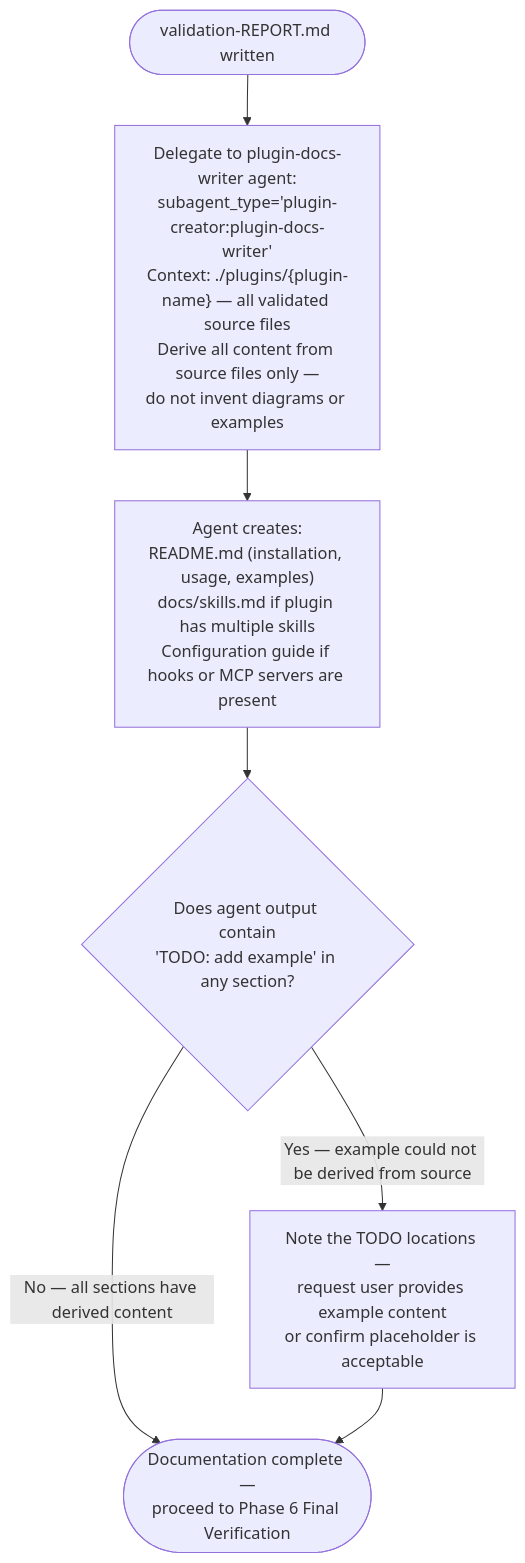
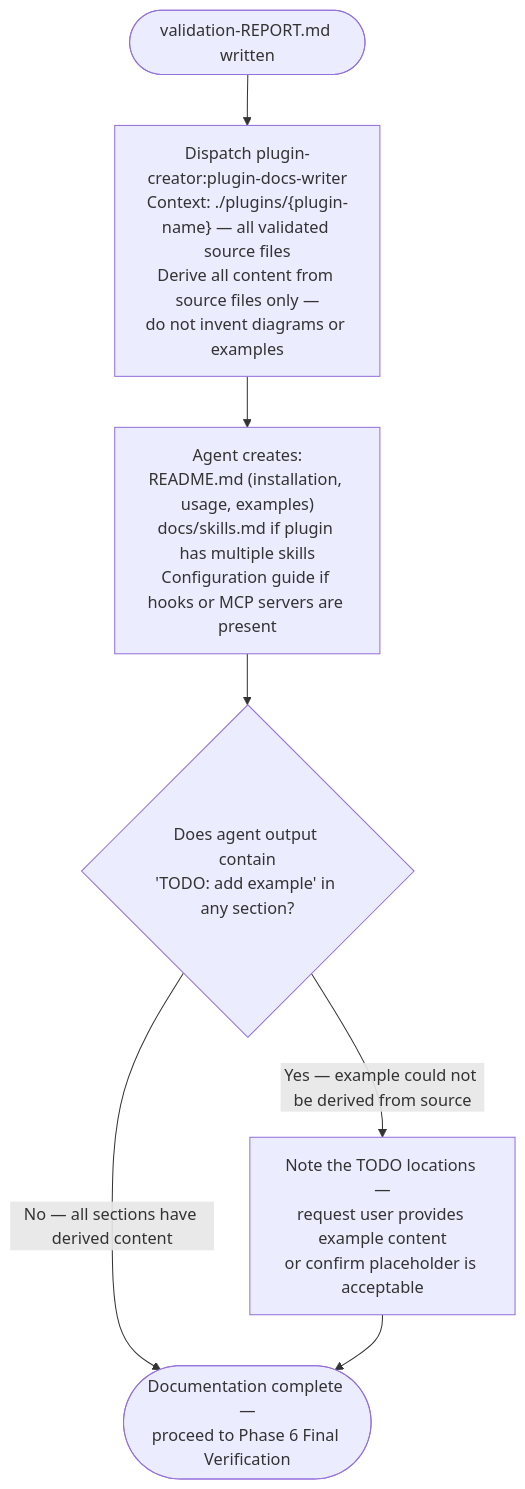
One commit to Jamie-BitFlight/claude_skills changed the eighth of 12 diagrams in plugins/plugin-creator/skills/plugin-creator/references/workflow-diagram.md. Above: the diagram before and after it, drawn with Mermaid. The commit also changed other lines of this file and 84 other files, not shown here.

Commit message:
refactor(plugin-creator): trim agent guidance

````diff
--- a/plugins/plugin-creator/skills/plugin-creator/references/workflow-diagram.md
+++ b/plugins/plugin-creator/skills/plugin-creator/references/workflow-diagram.md
@@ -191,11 +191,11 @@
 ```mermaid
 flowchart TD
-    Start(["validation-REPORT.md written"]) --> Delegate["Delegate to plugin-docs-writer agent:<br>subagent_type='plugin-creator:plugin-docs-writer'<br>Context: ./plugins/{plugin-name} — all validated source files<br>Derive all content from source files only —<br>do not invent diagrams or examples"]
+    Start(["validation-REPORT.md written"]) --> Delegate["Dispatch plugin-creator:plugin-docs-writer<br>Context: ./plugins/{plugin-name} — all validated source files<br>Derive all content from source files only —<br>do not invent diagrams or examples"]
 
     Delegate --> Creates["Agent creates:<br>README.md (installation, usage, examples)<br>docs/skills.md if plugin has multiple skills<br>Configuration guide if hooks or MCP servers are present"]
 
     Creates --> Q{"Does agent output contain<br>'TODO: add example' in any section?"}
     Q -->|"Yes — example could not be derived from source"| Flag["Note the TODO locations —<br>request user provides example content<br>or confirm placeholder is acceptable"]
     Q -->|"No — all sections have derived content"| Done(["Documentation complete —<br>proceed to Phase 6 Final Verification"])
     Flag --> Done
 ```
````
